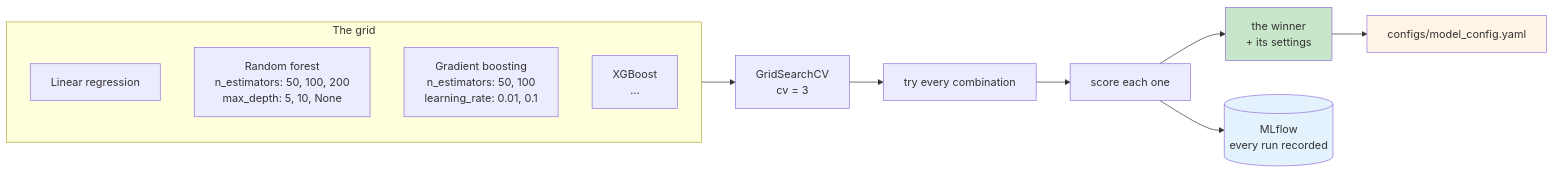
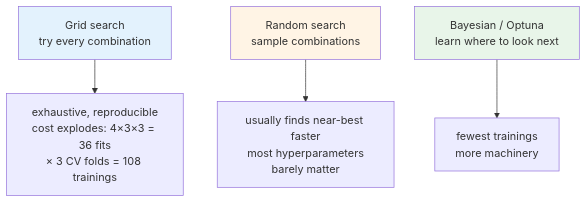
Before and after one commit to schoolofdevops/402-mlops-site: the eighth of 8 diagrams in site/docs/m3-data-to-model/lesson.mdx, drawn with Mermaid. The commit also changed other lines of this file, not shown here.

````diff
--- a/site/docs/m3-data-to-model/lesson.mdx
+++ b/site/docs/m3-data-to-model/lesson.mdx
@@ -282,21 +422,10 @@
 ```mermaid
-flowchart LR
-    subgraph GRID["The grid"]
-        direction TB
-        A1["Linear regression"]
-        A2["Random forest<br/>n_estimators: 50, 100, 200<br/>max_depth: 5, 10, None"]
-        A3["Gradient boosting<br/>n_estimators: 50, 100<br/>learning_rate: 0.01, 0.1"]
-        A4["XGBoost<br/>..."]
-    end
+flowchart TB
+    G["Grid search<br/>try every combination"] --> G1["exhaustive, reproducible<br/>cost explodes: 4×3×3 = 36 fits<br/>× 3 CV folds = 108 trainings"]
+    R["Random search<br/>sample combinations"] --> R1["usually finds near-best faster<br/>most hyperparameters<br/>barely matter"]
+    B["Bayesian / Optuna<br/>learn where to look next"] --> B1["fewest trainings<br/>more machinery"]
 
-    GRID --> GS["GridSearchCV<br/>cv = 3"]
-    GS --> R1["try every combination"]
-    R1 --> R2["score each one"]
-    R2 --> BEST["the winner<br/>+ its settings"]
-    BEST --> CFG["configs/model_config.yaml"]
-    R2 --> ML[("MLflow<br/>every run recorded")]
-
-    style BEST fill:#c8e6c9
-    style CFG fill:#fff4e5
-    style ML fill:#e3f2fd
+    style G fill:#e3f2fd
+    style R fill:#fff4e5
+    style B fill:#e8f5e9
 ```
````
